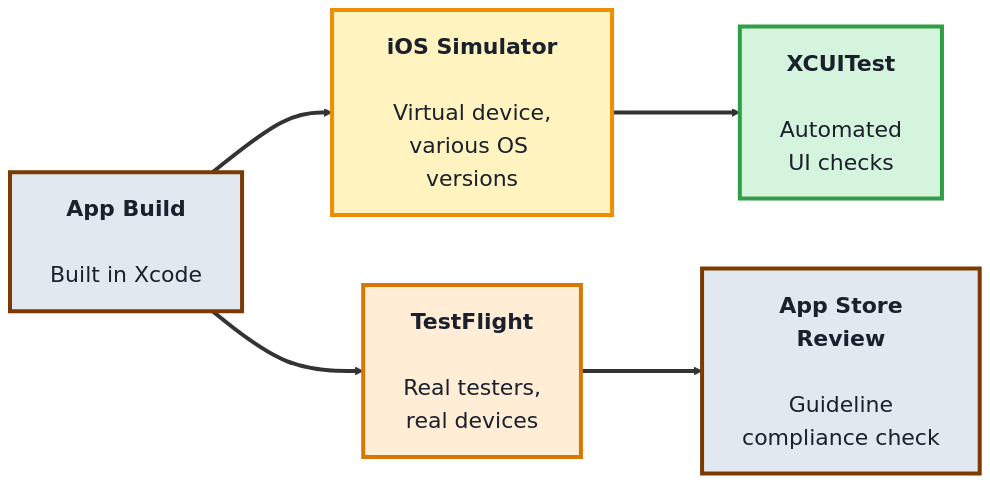
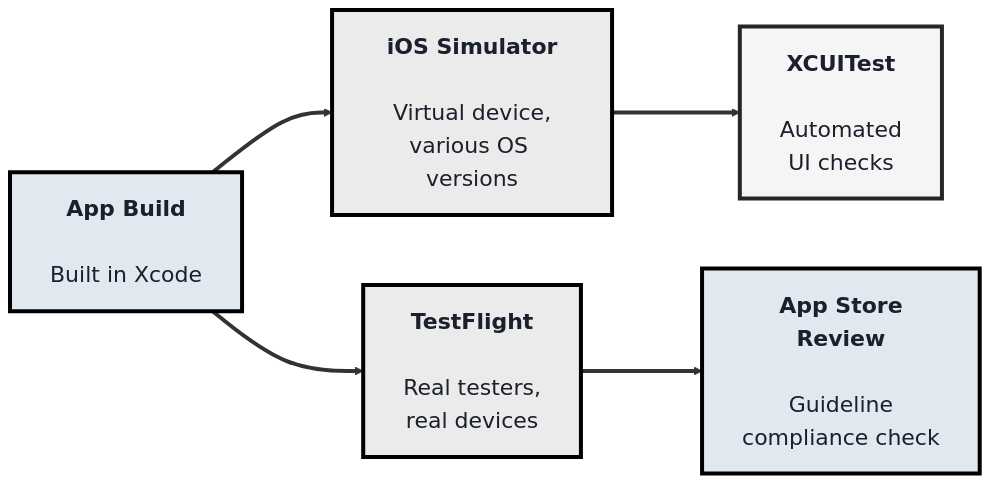
Before and after one commit to SHEMODELTECH/shemodeltech: the second of 3 diagrams in src/Pages/courses/TechQA/module-6-mobile-testing.md, drawn with Mermaid. The commit also changed other lines of this file and 46 other files, not shown here.

````diff
--- a/src/Pages/courses/TechQA/module-6-mobile-testing.md
+++ b/src/Pages/courses/TechQA/module-6-mobile-testing.md
@@ -81,19 +81,19 @@
 ```mermaid
-%%{init: {'theme':'base', 'themeVariables': {'fontSize':'22px', 'primaryTextColor':'#1a202c', 'primaryBorderColor':'#7c3a00', 'lineColor':'#333333'}, 'flowchart': {'nodeSpacing': 70, 'rankSpacing': 90, 'padding': 20}}}%%
+%%{init: {'theme':'base', 'themeVariables': {'fontSize':'22px', 'primaryTextColor':'#1a202c', 'primaryBorderColor':'#000000', 'lineColor':'#333333'}, 'flowchart': {'nodeSpacing': 70, 'rankSpacing': 90, 'padding': 20}}}%%
 flowchart LR
     APP["<b>App Build</b><br/><br/>Built in Xcode"]
     SIM["<b>iOS Simulator</b><br/><br/>Virtual device,<br/>various OS versions"]
     X["<b>XCUITest</b><br/><br/>Automated<br/>UI checks"]
     TF["<b>TestFlight</b><br/><br/>Real testers,<br/>real devices"]
     REV["<b>App Store<br/>Review</b><br/><br/>Guideline<br/>compliance check"]
 
     APP ==> SIM ==> X
     APP ==> TF ==> REV
 
-    style APP fill:#e2e8f0,color:#1a202c,stroke:#7c3a00,stroke-width:4px
-    style SIM fill:#fff3bf,color:#1a202c,stroke:#f08c00,stroke-width:4px
-    style X fill:#d4f4dd,color:#1a202c,stroke:#2f9e44,stroke-width:4px
-    style TF fill:#ffedd5,color:#1a202c,stroke:#d97706,stroke-width:4px
-    style REV fill:#e2e8f0,color:#1a202c,stroke:#7c3a00,stroke-width:4px
+    style APP fill:#e2e8f0,color:#1a202c,stroke:#000000,stroke-width:4px
+    style SIM fill:#EBEBEB,color:#1a202c,stroke:#000000,stroke-width:4px
+    style X fill:#F5F5F5,color:#1a202c,stroke:#262626,stroke-width:4px
+    style TF fill:#EBEBEB,color:#1a202c,stroke:#000000,stroke-width:4px
+    style REV fill:#e2e8f0,color:#1a202c,stroke:#000000,stroke-width:4px
     linkStyle default stroke-width:4px,stroke:#333333
 ```
````
